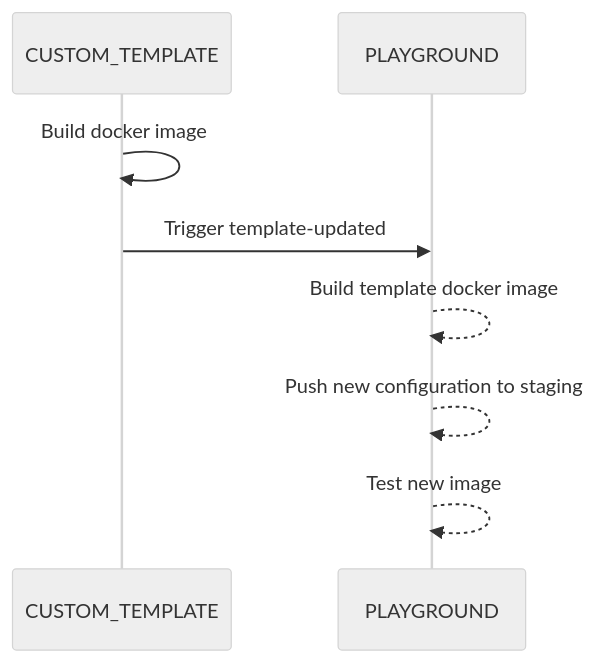
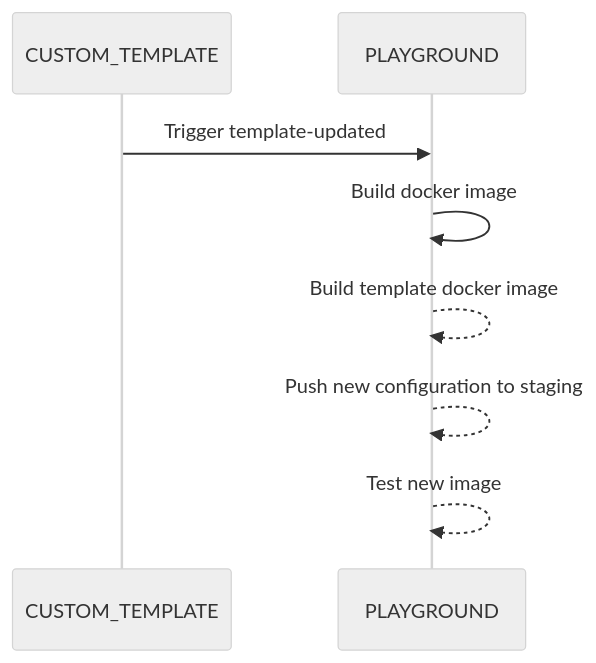
One commit to paritytech/substrate-playground changed the diagram in docs/CUSTOM_TEMPLATE.md. Above: the diagram before and after it, drawn with Mermaid (neutral theme). The commit also changed other lines of this file, not shown here.

Commit message:
Improved doc for custom template

````diff
--- a/docs/CUSTOM_TEMPLATE.md
+++ b/docs/CUSTOM_TEMPLATE.md
@@ -42,8 +36,8 @@
 ```mermaid
 sequenceDiagram
-	CUSTOM_TEMPLATE->>CUSTOM_TEMPLATE: Build docker image
 	CUSTOM_TEMPLATE->>PLAYGROUND: Trigger template-updated
+	PLAYGROUND->>PLAYGROUND: Build docker image
 	PLAYGROUND-->>PLAYGROUND: Build template docker image
 	PLAYGROUND-->>PLAYGROUND: Push new configuration to staging
     PLAYGROUND-->>PLAYGROUND: Test new image
 ```
````
